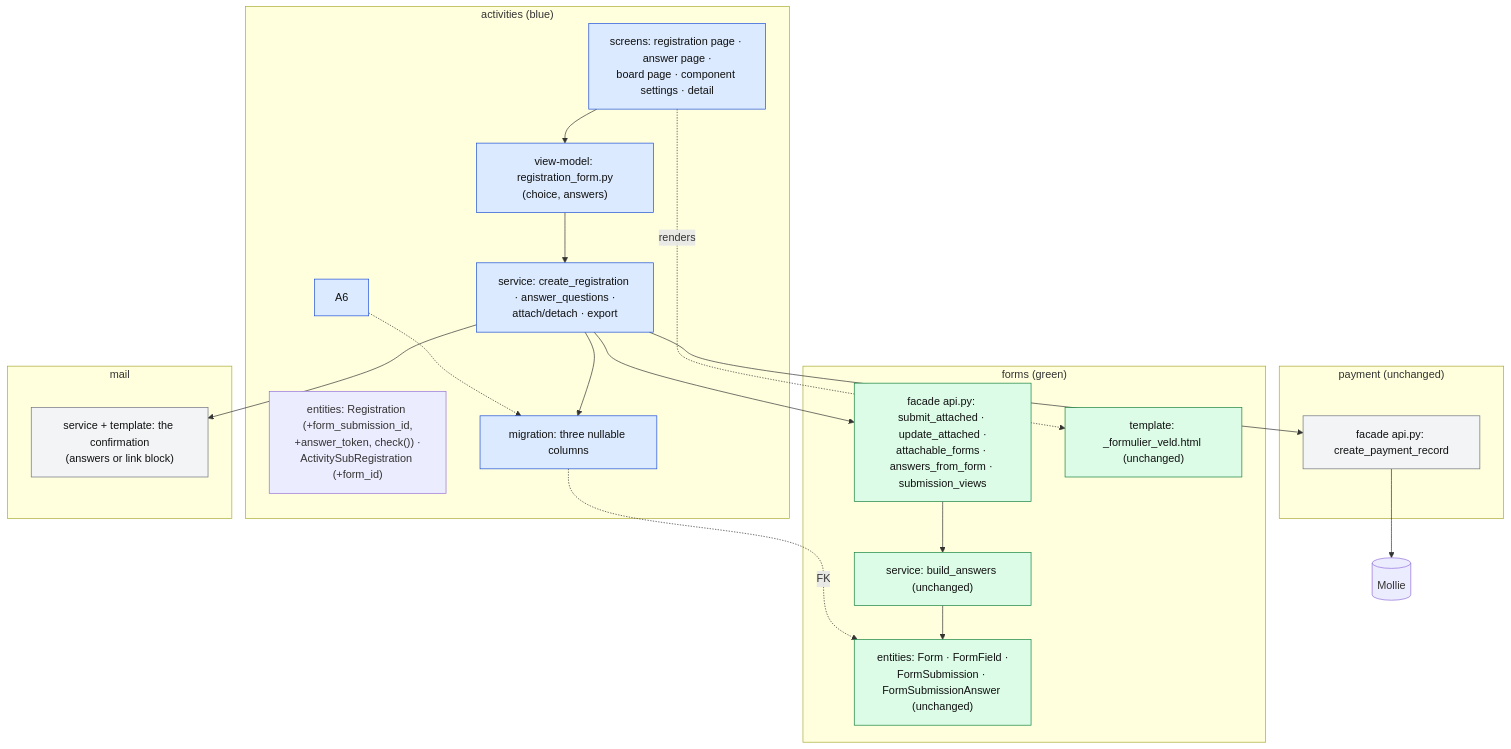
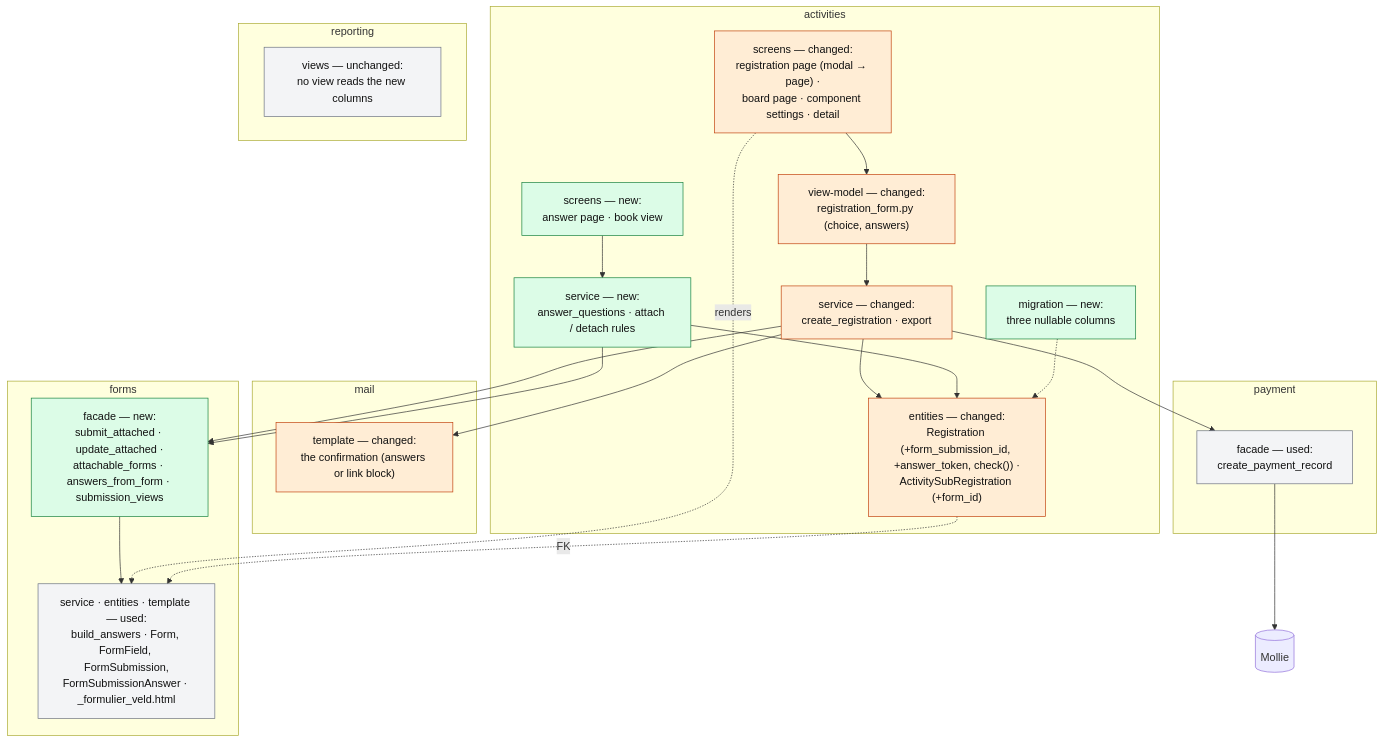
One commit to KoenRenders/KoenTest changed the fifth of 6 diagrams in docs/change_request_14_registration_questions.md. Above: the diagram before and after it, drawn with Mermaid. The commit also changed other lines of this file and 1 other file, not shown here.

Commit message:
docs(cr-template, cr-14): the structure drawing colours the kind of change — new, changed, used — with the module as the frame; separate boxes for new and changed per layer
Claude-Session: https://claude.ai/code/session_013J7L3AFV5mw8FDoUcCM9UJ

````diff
--- a/docs/change_request_14_registration_questions.md
+++ b/docs/change_request_14_registration_questions.md
@@ -451,38 +454,44 @@
 ```mermaid
 flowchart TB
-  subgraph activities["activities (blue)"]
-    A1["screens: registration page · answer page ·<br/>board page · component settings · detail"]
-    A2["view-model: registration_form.py<br/>(choice, answers)"]
-    A3["service: create_registration · answer_questions ·<br/>attach/detach · export"]
-    A4["entities: Registration (+form_submission_id,<br/>+answer_token, check()) ·<br/>ActivitySubRegistration (+form_id)"]
-    A5["migration: three nullable columns"]
-    A1 --> A2 --> A3 --> A5
-    A6 -.-> A5
+  subgraph activities["activities"]
+    A1n["screens — new:<br/>answer page · book view"]
+    A1c["screens — changed:<br/>registration page (modal → page) ·<br/>board page · component settings · detail"]
+    A2c["view-model — changed:<br/>registration_form.py (choice, answers)"]
+    A3n["service — new:<br/>answer_questions · attach / detach rules"]
+    A3c["service — changed:<br/>create_registration · export"]
+    A4c["entities — changed:<br/>Registration (+form_submission_id, +answer_token, check()) ·<br/>ActivitySubRegistration (+form_id)"]
+    A5n["migration — new:<br/>three nullable columns"]
+    A1n --> A3n
+    A1c --> A2c --> A3c --> A4c
+    A3n --> A4c
+    A5n -.-> A4c
   end
-  subgraph forms["forms (green)"]
-    F1["facade api.py: submit_attached · update_attached ·<br/>attachable_forms · answers_from_form · submission_views"]
-    F2["service: build_answers (unchanged)"]
-    F3["entities: Form · FormField ·<br/>FormSubmission · FormSubmissionAnswer (unchanged)"]
-    F4["template: _formulier_veld.html (unchanged)"]
-    F1 --> F2 --> F3
-  end
-  subgraph payment["payment (unchanged)"]
-    P1["facade api.py: create_payment_record"]
+  subgraph forms["forms"]
+    F1n["facade — new:<br/>submit_attached · update_attached ·<br/>attachable_forms · answers_from_form · submission_views"]
+    F2u["service · entities · template — used:<br/>build_answers · Form, FormField, FormSubmission,<br/>FormSubmissionAnswer · _formulier_veld.html"]
+    F1n --> F2u
   end
   subgraph mail["mail"]
-    M1["service + template: the confirmation<br/>(answers or link block)"]
+    M1c["template — changed:<br/>the confirmation (answers or link block)"]
+  end
+  subgraph payment["payment"]
+    P1u["facade — used:<br/>create_payment_record"]
+  end
+  subgraph reporting["reporting"]
+    R1u["views — unchanged:<br/>no view reads the new columns"]
   end
   MOL[(Mollie)]
-  A3 --> F1
-  A3 --> P1
-  A3 --> M1
-  A1 -. renders .-> F4
-  A5 -. FK .-> F3
-  P1 --> MOL
-  classDef act fill:#dbeafe,stroke:#1d4ed8,color:#111
-  classDef frm fill:#dcfce7,stroke:#15803d,color:#111
-  classDef oth fill:#f3f4f6,stroke:#6b7280,color:#111
-  class A1,A2,A3,A5,A6 act
-  class F1,F2,F3,F4 frm
-  class P1,M1 oth
+  A3c --> F1n
+  A3n --> F1n
+  A3c --> P1u
+  A3c --> M1c
+  A1c -. renders .-> F2u
+  A4c -. FK .-> F2u
+  P1u --> MOL
+  classDef new fill:#dcfce7,stroke:#15803d,color:#111
+  classDef chg fill:#ffedd5,stroke:#c2410c,color:#111
+  classDef used fill:#f3f4f6,stroke:#6b7280,color:#111
+  class A1n,A3n,A5n,F1n new
+  class A1c,A2c,A3c,A4c,M1c chg
+  class F2u,P1u,R1u used
 ```
````
